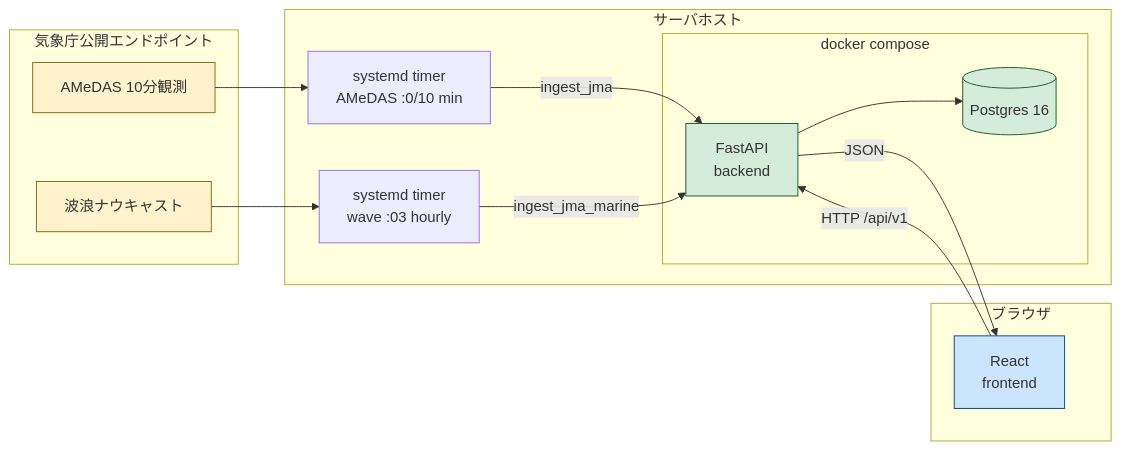
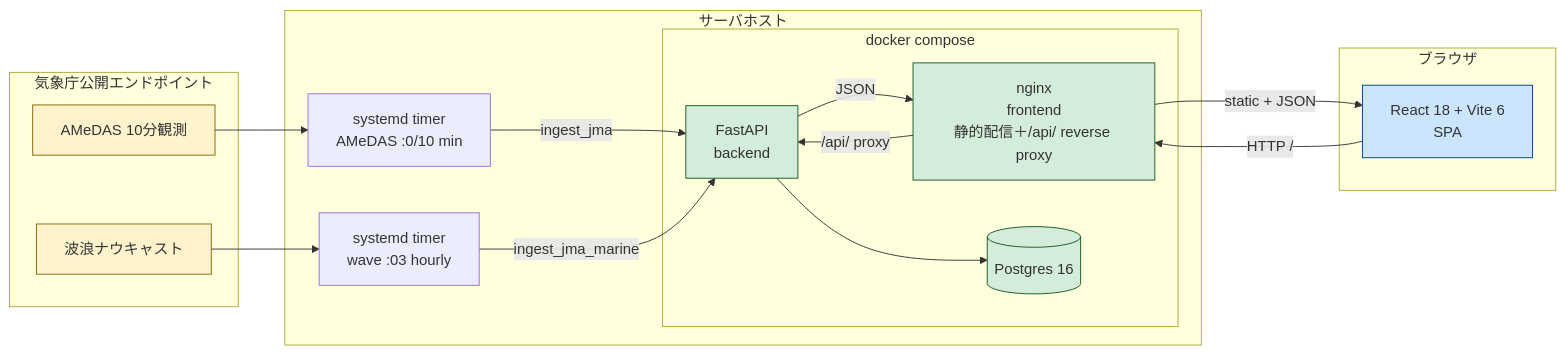
Before and after one commit to Kensan196948G/wmcdss: the diagram in README.md, drawn with Mermaid. The commit also changed other lines of this file and 1 other file, not shown here.

First line of the commit message:
docs: sync README and ARCHITECTURE with Loops 30-38 reality (Loop 39)

````diff
--- a/README.md
+++ b/README.md
@@ -29,35 +29,38 @@
 ```mermaid
 flowchart LR
   subgraph JMA[気象庁公開エンドポイント]
     A1[AMeDAS 10分観測]
     A2[波浪ナウキャスト]
   end
 
   subgraph Host[サーバホスト]
     T1[systemd timer<br/>AMeDAS :0/10 min]
     T2[systemd timer<br/>wave :03 hourly]
     subgraph DC[docker compose]
+      N[nginx<br/>frontend<br/>静的配信＋/api/ reverse proxy]
       B[FastAPI<br/>backend]
       D[(Postgres 16)]
     end
   end
 
   subgraph Client[ブラウザ]
-    F[React<br/>frontend]
+    F[React 18 + Vite 6<br/>SPA]
   end
 
   A1 --> T1
   A2 --> T2
   T1 -->|ingest_jma| B
   T2 -->|ingest_jma_marine| B
   B --> D
-  F -->|HTTP /api/v1| B
-  B -->|JSON| F
+  F -->|HTTP /| N
+  N -->|/api/ proxy| B
+  B -->|JSON| N
+  N -->|static + JSON| F
 
   classDef ext fill:#fff3cd,stroke:#856404
   classDef svc fill:#d4edda,stroke:#155724
   classDef cli fill:#cce5ff,stroke:#004085
   class A1,A2 ext
-  class B,D,T svc
+  class N,B,D,T svc
   class F cli
 ```
````
